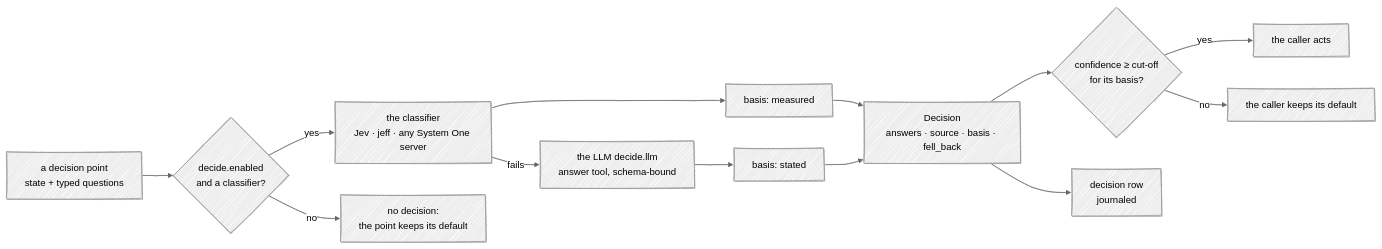
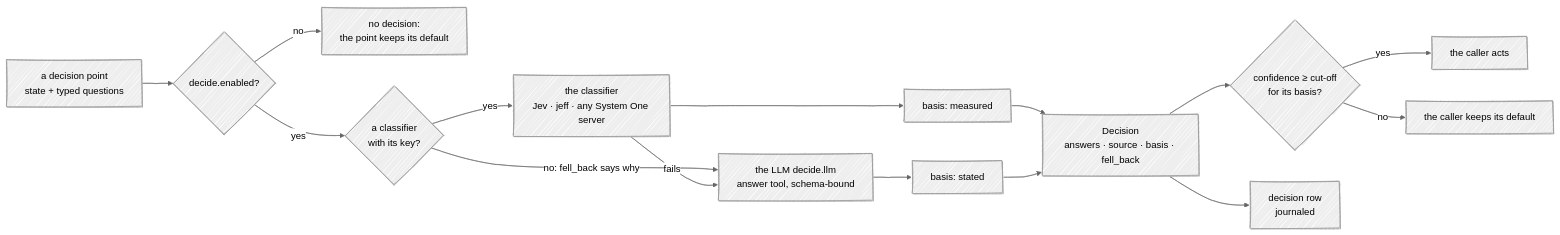
One commit to Kaginari/mnemorph changed the third of 3 diagrams in docs/05-architecture.md. Above: the diagram before and after it, drawn with Mermaid. The commit also changed other lines of this file and 9 other files, not shown here.

````diff
--- a/docs/05-architecture.md
+++ b/docs/05-architecture.md
@@ -1820,19 +1822,21 @@
 ```mermaid
 ---
 config:
   look: handDrawn
   theme: neutral
 ---
 flowchart LR
-    Q["a decision point<br/>state + typed questions"] --> V{"decide.enabled<br/>and a classifier?"}
-    V -- yes --> S["the classifier<br/>Jev · jeff · any System One server"]
+        Q["a decision point<br/>state + typed questions"] --> V{"decide.enabled?"}
     V -- no --> OFF["no decision:<br/>the point keeps its default"]
-    S -- fails --> L["the LLM decide.llm<br/>answer tool, schema-bound"]
+    V -- yes --> W{"a classifier<br/>with its key?"}
+    W -- yes --> S["the classifier<br/>Jev · jeff · any System One server"]
+    W -- "no: fell_back says why" --> L["the LLM decide.llm<br/>answer tool, schema-bound"]
+    S -- fails --> L
     S --> M["basis: measured"]
     L --> T["basis: stated"]
     M & T --> D["Decision<br/>answers · source · basis · fell_back"]
     D --> C{"confidence ≥ cut-off<br/>for its basis?"}
     C -- yes --> A["the caller acts"]
     C -- no --> K["the caller keeps its default"]
     D --> R["decision row<br/>journaled"]
 ```
````
